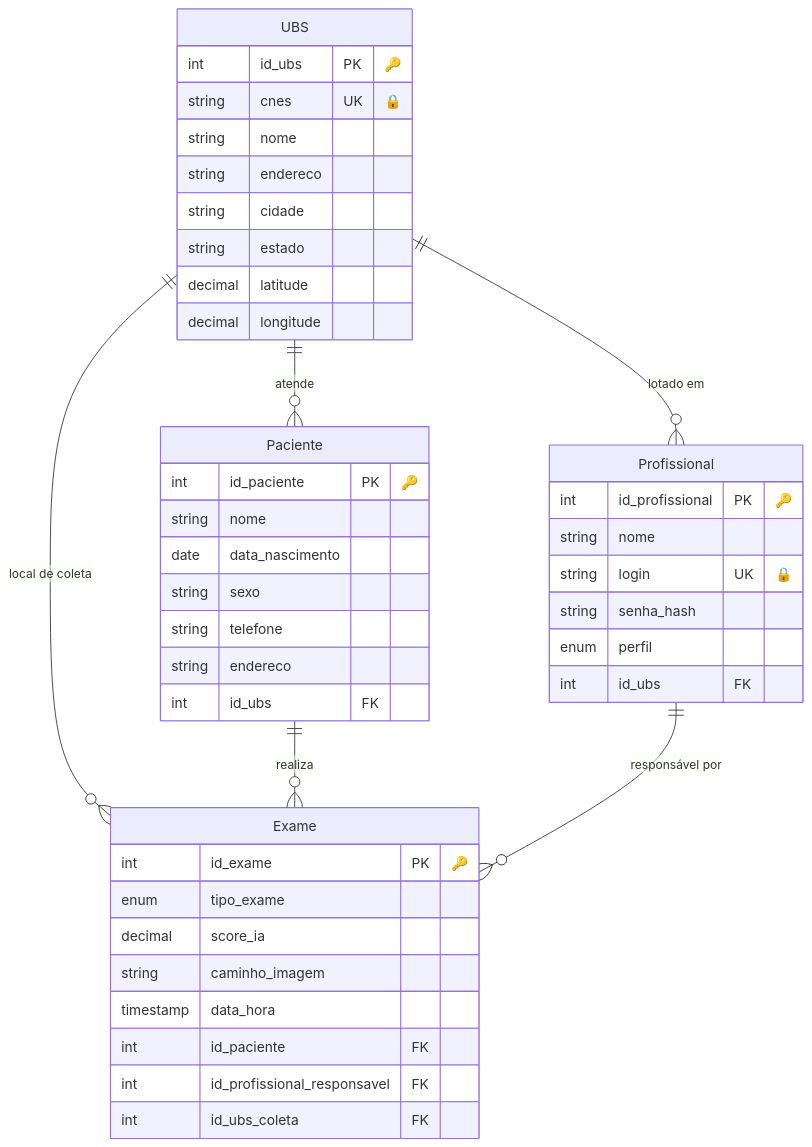
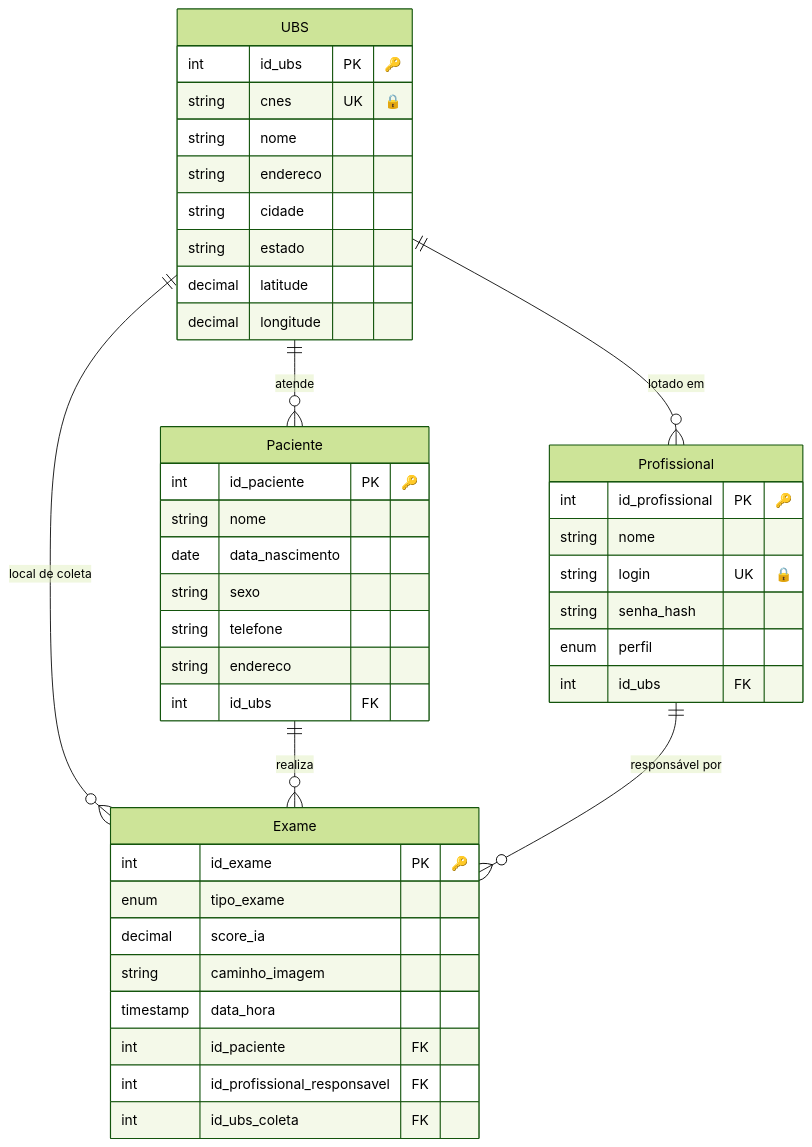
The diagram in README.md (MatheusRamos719/Diagrama-logico), drawn with Mermaid before and after one commit.

Commit message:
Update README with Entity-Relationship Diagram
Add ER diagram in Mermaid format to README

````diff
--- a/README.md
+++ b/README.md
@@ -5,49 +5,50 @@
 ```mermaid
+%%{init: {'theme': 'forest'}}%%
 erDiagram
     UBS {
         int id_ubs PK "🔑"
         string cnes UK "🔒"
         string nome
         string endereco
         string cidade
         string estado
         decimal latitude
         decimal longitude
     }
     
     Paciente {
         int id_paciente PK "🔑"
         string nome
         date data_nascimento
         string sexo
         string telefone
         string endereco
         int id_ubs FK
     }
     
     Profissional {
         int id_profissional PK "🔑"
         string nome
         string login UK "🔒"
         string senha_hash
         enum perfil
         int id_ubs FK
     }
     
     Exame {
         int id_exame PK "🔑"
         enum tipo_exame
         decimal score_ia
         string caminho_imagem
         timestamp data_hora
         int id_paciente FK
         int id_profissional_responsavel FK
         int id_ubs_coleta FK
     }
     
     UBS ||--o{ Paciente : "atende"
     UBS ||--o{ Profissional : "lotado em"
     UBS ||--o{ Exame : "local de coleta"
     Paciente ||--o{ Exame : "realiza"
     Profissional ||--o{ Exame : "responsável por"
 ```
````
